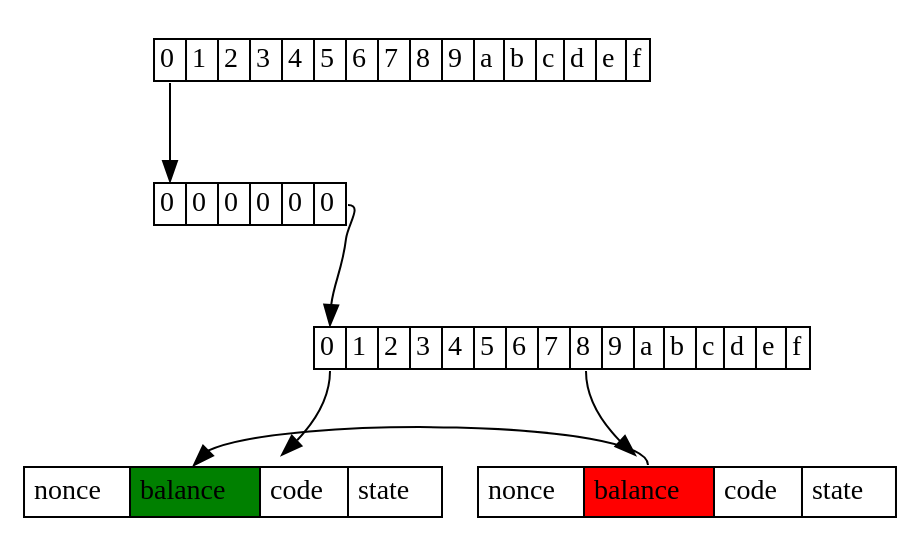
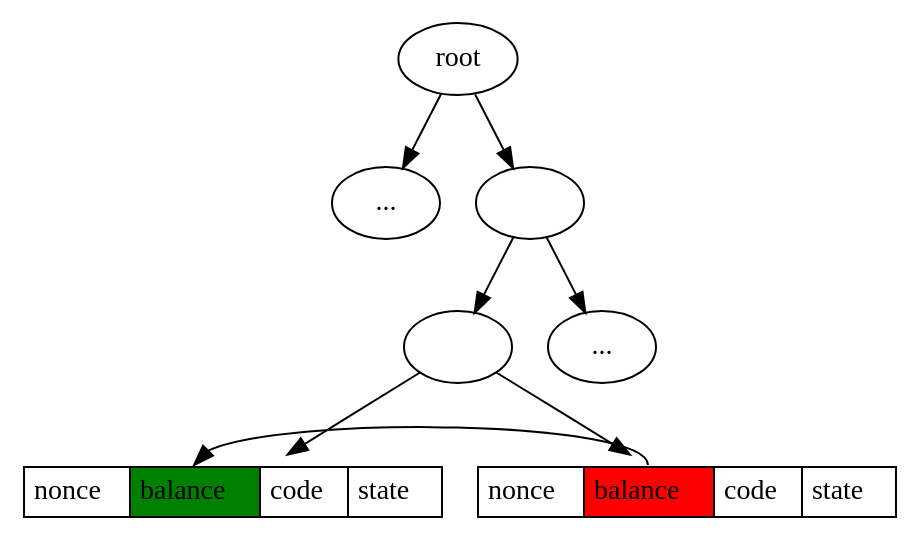
Before and after one commit to gballet/presentations: the diagram in ethcc20/updatestage.dot, drawn with Graphviz. The commit also changed 6 other files, not shown here.

```diff
--- a/ethcc20/updatestage.dot
+++ b/ethcc20/updatestage.dot
@@ -1,18 +1,22 @@
 digraph D {
-sbranch [shape=none,label=<<table border="0" cellborder="1" cellspacing="0"><tr><td port="0">0</td><td port="1">1</td><td port="2">2</td><td port="3">3</td><td port="4">4</td><td port="5">5</td><td port="6">6</td><td port="7">7</td><td port="8">8</td><td port="9">9</td><td port="10">a</td><td port="11">b</td><td port="12">c</td><td port="13">d</td><td port="14">e</td><td port="15">f</td></tr></table>>]
-    	sbranch0000000 [shape=none,label=<<table border="0" cellborder="1" cellspacing="0"><tr><td port="0">0</td><td port="1">1</td><td port="2">2</td><td port="3">3</td><td port="4">4</td><td port="5">5</td><td port="6">6</td><td port="7">7</td><td port="8">8</td><td port="9">9</td><td port="10">a</td><td port="11">b</td><td port="12">c</td><td port="13">d</td><td port="14">e</td><td port="15">f</td></tr></table>>]
-        {
-        rank=same;
-	    sleaf00000000 [shape=none,margin=0,label=<<table border="0" cellborder="1" cellspacing="0" cellpadding="4"><tr><td port="0">nonce</td><td port="balanceto" bgcolor="green">balance</td><td>code</td><td>state</td></tr></table>>]
-	    sleaf00000008 [shape=none,margin=0,label=<<table border="0" cellborder="1" cellspacing="0" cellpadding="4"><tr><td port="0">nonce</td><td port="balancefrom" bgcolor="red">balance</td><td>code</td><td>state</td></tr></table>>]
-        }
-	    sextension0 [shape=none,label=<<table border="0" cellspacing="0" cellborder="1"><tr><td port="0">0</td><td port="1">0</td><td port="2">0</td><td port="3">0</td><td port="4">0</td><td port="5">0</td></tr></table>>]
+	root
+    	l [label="..."]
+    	r [label=""] 
+	rl [label=""]
+	rr [label="..."] 
+	{
+        	rank=same;
+		sleaf00000000 [shape=none,margin=0,label=<<table border="0" cellborder="1" cellspacing="0" cellpadding="4"><tr><td port="0">nonce</td><td port="balanceto" bgcolor="green">balance</td><td>code</td><td>state</td></tr></table>>]
+		sleaf00000008 [shape=none,margin=0,label=<<table border="0" cellborder="1" cellspacing="0" cellpadding="4"><tr><td port="0">nonce</td><td port="balancefrom" bgcolor="red">balance</td><td>code</td><td>state</td></tr></table>>]
+	}
 
-        sbranch:0 -> sextension0:0
-        sextension0:5 -> sbranch0000000:0
-        sbranch0000000:0 -> sleaf00000000
-        sbranch0000000:8 -> sleaf00000008
+        root -> l
+        root -> r
+        r -> rl
+        r -> rr
+        rl -> sleaf00000000
+        rl -> sleaf00000008
        
         sleaf00000000 -> sleaf00000008 [style=invis]
-        sleaf00000008:balancefrom -> sleaf00000000:balanceto
-    }
+	sleaf00000008:balancefrom -> sleaf00000000:balanceto 
+}
```
